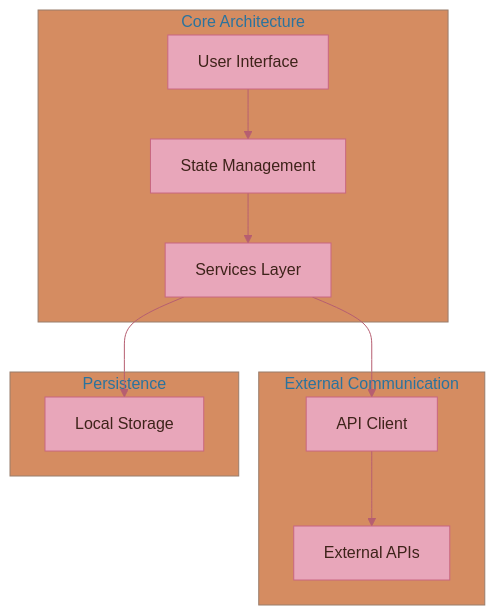
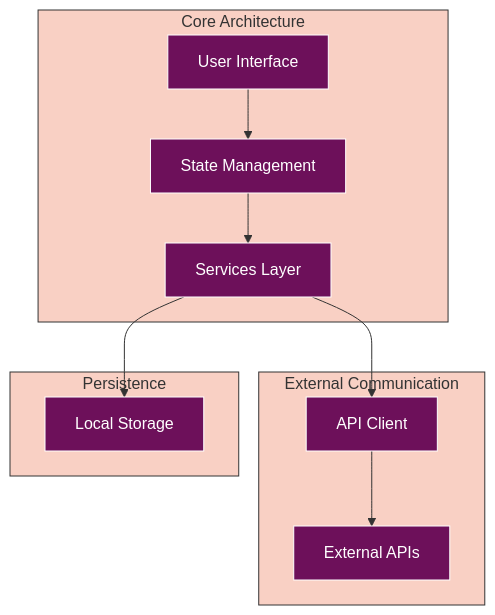
One commit to radicalkjax/Athena changed the diagram in README.md. Above: the diagram before and after it, drawn with Mermaid. The commit also changed 27 other files, not shown here.

Commit message:
Introduction of expo package manager. Updated docs to reflect changes. Unified mermaid theme for docs.

````diff
--- a/README.md
+++ b/README.md
@@ -257,40 +257,44 @@
 ```mermaid
 %%{init: {
   'theme': 'base',
   'themeVariables': {
-    'primaryColor': '#E8A6BA',
-    'primaryTextColor': '#3E231A',
-    'primaryBorderColor': '#C86681',
-    'lineColor': '#B65E71',
-    'secondaryColor': '#F6BD6B',
-    'tertiaryColor': '#D58C61',
-    'background': '#FFFFFF',
-    'mainBkg': '#E8A6BA',
-    'secondBkg': '#F6BD6B',
-    'tertiaryBkg': '#D58C61',
-    'textColor': '#3E231A',
+    'primaryColor': '#6d105a',
+    'primaryTextColor': '#ffffff',
+    'primaryBorderColor': '#ffffff',
+    'lineColor': '#333333',
+    'secondaryColor': '#e8f4d4',
+    'secondaryTextColor': '#333333',
+    'secondaryBorderColor': '#333333',
+    'tertiaryColor': '#f9d0c4',
+    'tertiaryTextColor': '#333333',
+    'tertiaryBorderColor': '#333333',
+    'background': '#ffffff',
+    'mainBkg': '#6d105a',
+    'secondBkg': '#e8f4d4',
+    'tertiaryBkg': '#f9d0c4',
+    'textColor': '#333333',
     'fontFamily': 'Arial, sans-serif'
   }
 }}%%
 flowchart TD
     A[User Interface] --> B[State Management]
     B --> C[Services Layer]
     C --> D[API Client]
     C --> E[Local Storage]
     D --> F[External APIs]
     
     subgraph "Core Architecture"
         A
         B
         C
     end
     
     subgraph "External Communication"
         D
         F
     end
     
     subgraph "Persistence"
         E
     end
 ```
````
